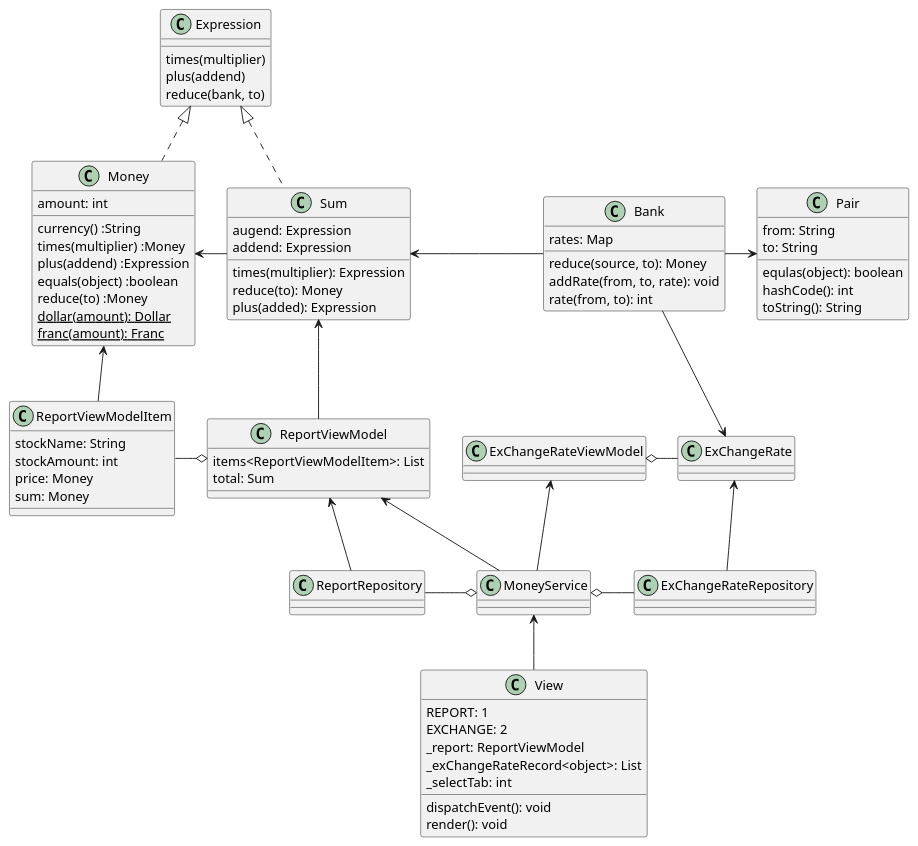
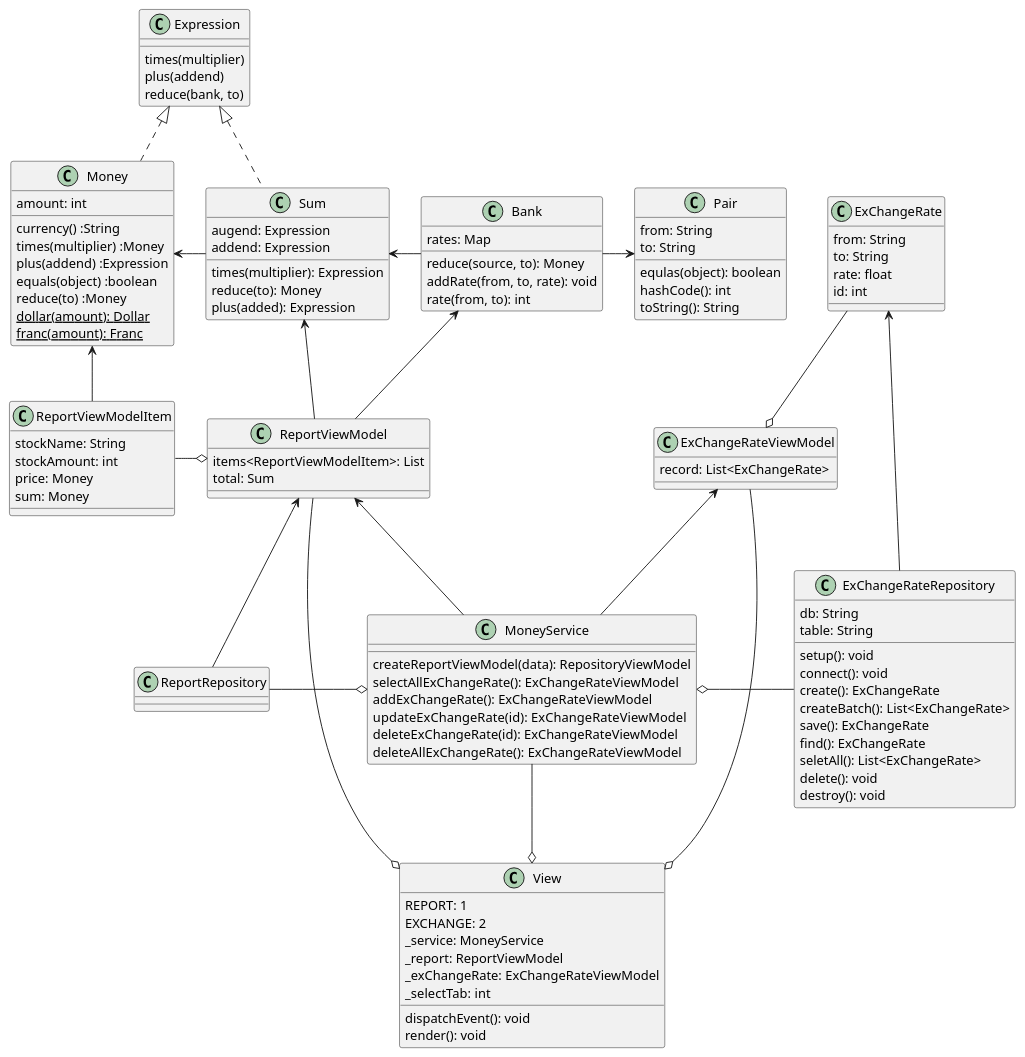
One commit to hiroshima-arc/pragmatic_programing changed the diagram in docs/src/spec/the_money_example.adoc. Above: the diagram before and after it, drawn with PlantUML. The commit also changed other lines of this file and 2 other files, not shown here.

Commit message:
docs: ドキュメント更新

```diff
--- a/docs/src/spec/the_money_example.adoc
+++ b/docs/src/spec/the_money_example.adoc
@@ -111,6 +111,10 @@
   {static} franc(amount): Franc
 }
 class ExChangeRate {
+  from: String
+  to: String
+  rate: float
+  id: int
 }
 class ReportViewModel {
   items<ReportViewModelItem>: List
@@ -123,18 +127,37 @@
   sum: Money
 }
 class ExChangeRateViewModel {
+  record: List<ExChangeRate>
 }
 class MoneyService {
+  createReportViewModel(data): RepositoryViewModel
+  selectAllExChangeRate(): ExChangeRateViewModel
+  addExChangeRate(): ExChangeRateViewModel
+  updateExChangeRate(id):  ExChangeRateViewModel
+  deleteExChangeRate(id): ExChangeRateViewModel
+  deleteAllExChangeRate(): ExChangeRateViewModel
 }
 class ReportRepository {
 }
 class ExChangeRateRepository {
+  db: String
+  table: String
+  setup(): void
+  connect(): void
+  create(): ExChangeRate
+  createBatch(): List<ExChangeRate>
+  save(): ExChangeRate
+  find(): ExChangeRate
+  seletAll(): List<ExChangeRate>
+  delete(): void
+  destroy(): void
 }
 class View {
   REPORT: 1
   EXCHANGE: 2
+  _service: MoneyService
   _report: ReportViewModel
-  _exChangeRateRecord<object>: List
+  _exChangeRate: ExChangeRateViewModel
   _selectTab: int
   dispatchEvent(): void
   render(): void
@@ -144,10 +167,10 @@
 Money <- Sum
 Sum <- Bank
 Bank -> Pair
+Bank <-- ReportViewModel
 Sum <-- ReportViewModel
 Money <-- ReportViewModelItem
-Bank --> ExChangeRate
-ExChangeRateViewModel o- ExChangeRate
+ExChangeRate --o ExChangeRateViewModel
 ExChangeRateViewModel <-- MoneyService
 ExChangeRate <- ExChangeRateRepository
 ReportRepository -o MoneyService
@@ -155,5 +178,7 @@
 MoneyService o- ExChangeRateRepository
 ReportViewModelItem -o ReportViewModel
 ReportViewModel <-- MoneyService
-MoneyService <-- View
+MoneyService --o View
+ReportViewModel --o View
+ExChangeRateViewModel --o View
 ----
```
